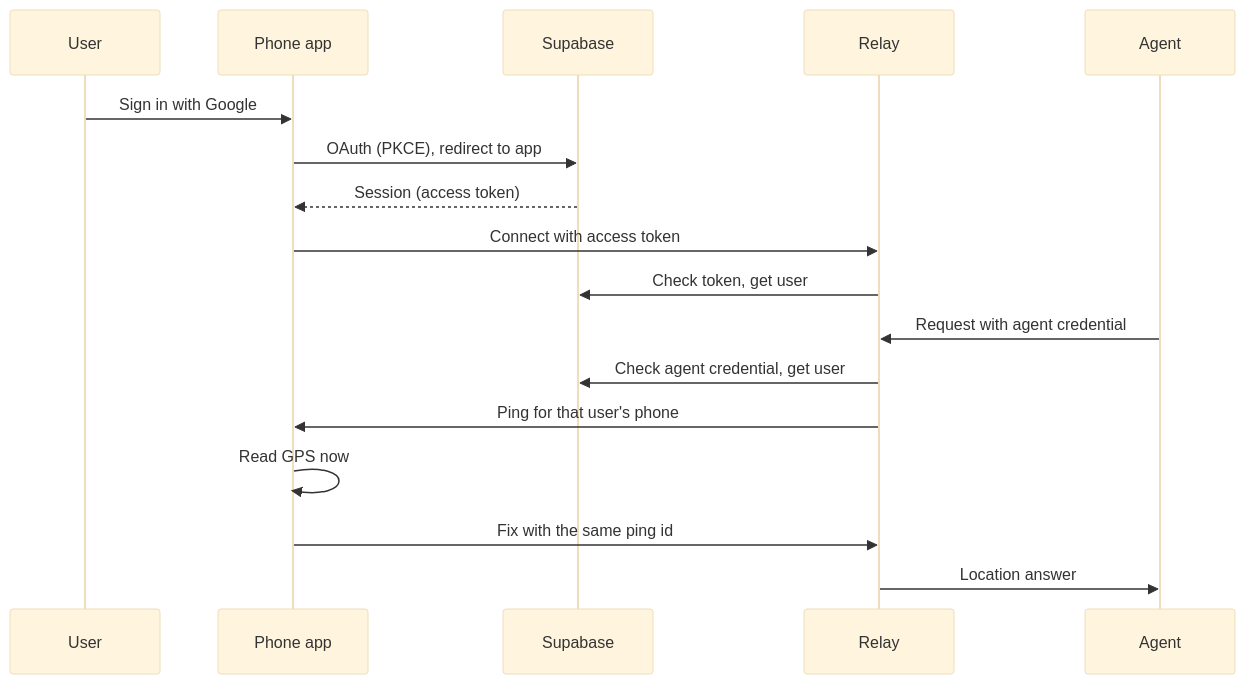
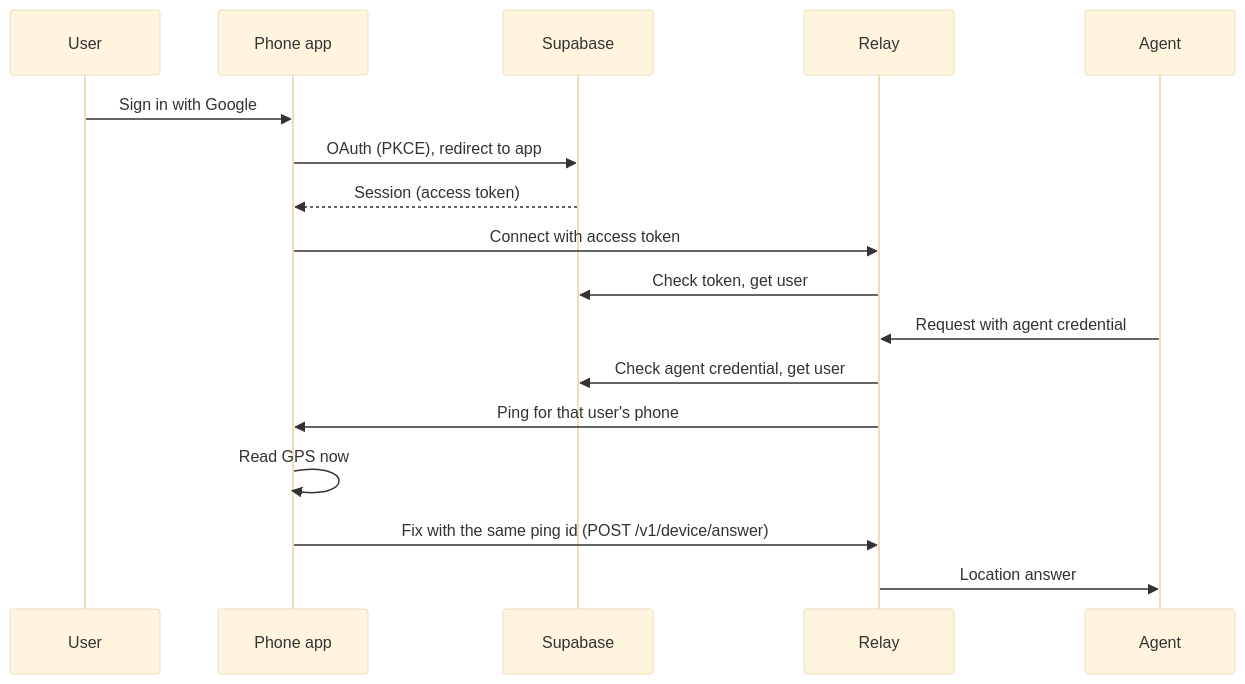
Before and after one commit to whereabot/whereabot: the first of 2 diagrams in docs/architecture.md, drawn with Mermaid (base theme). The commit also changed 5 other files, not shown here.

````diff
--- a/docs/architecture.md
+++ b/docs/architecture.md
@@ -18,19 +18,19 @@
 ```mermaid
 sequenceDiagram
     participant U as User
     participant P as Phone app
     participant S as Supabase
     participant R as Relay
     participant A as Agent
     U->>P: Sign in with Google
     P->>S: OAuth (PKCE), redirect to app
     S-->>P: Session (access token)
     P->>R: Connect with access token
     R->>S: Check token, get user
     A->>R: Request with agent credential
     R->>S: Check agent credential, get user
     R->>P: Ping for that user's phone
     P->>P: Read GPS now
-    P->>R: Fix with the same ping id
+    P->>R: Fix with the same ping id (POST /v1/device/answer)
     R->>A: Location answer
 ```
````
